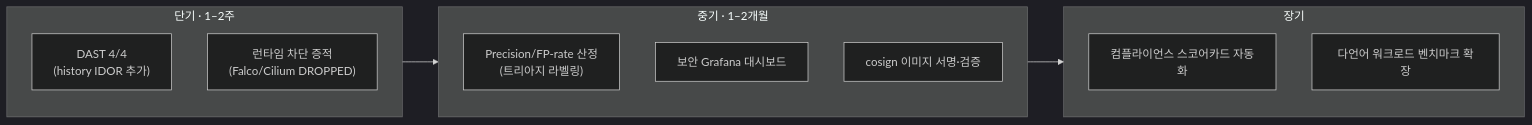
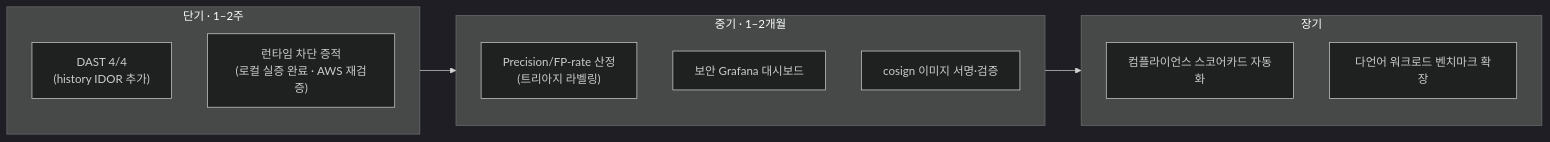
Before and after one commit to securious-DecSecOps/secubank-docs: the diagram in docs/limitations.md, drawn with Mermaid (dark theme). The commit also changed other lines of this file and 2 other files, not shown here.

````diff
--- a/docs/limitations.md
+++ b/docs/limitations.md
@@ -51,17 +53,17 @@
 ```mermaid
 flowchart LR
     subgraph S["단기 · 1–2주"]
         A1["DAST 4/4<br/>(history IDOR 추가)"]
-        A2["런타임 차단 증적<br/>(Falco/Cilium DROPPED)"]
+        A2["런타임 차단 증적<br/>(로컬 실증 완료 · AWS 재검증)"]
     end
     subgraph M["중기 · 1–2개월"]
         B1["Precision/FP-rate 산정<br/>(트리아지 라벨링)"]
         B2["보안 Grafana 대시보드"]
         B3["cosign 이미지 서명·검증"]
     end
     subgraph L["장기"]
         C1["컴플라이언스 스코어카드 자동화"]
         C2["다언어 워크로드 벤치마크 확장"]
     end
     S --> M --> L
 ```
````
